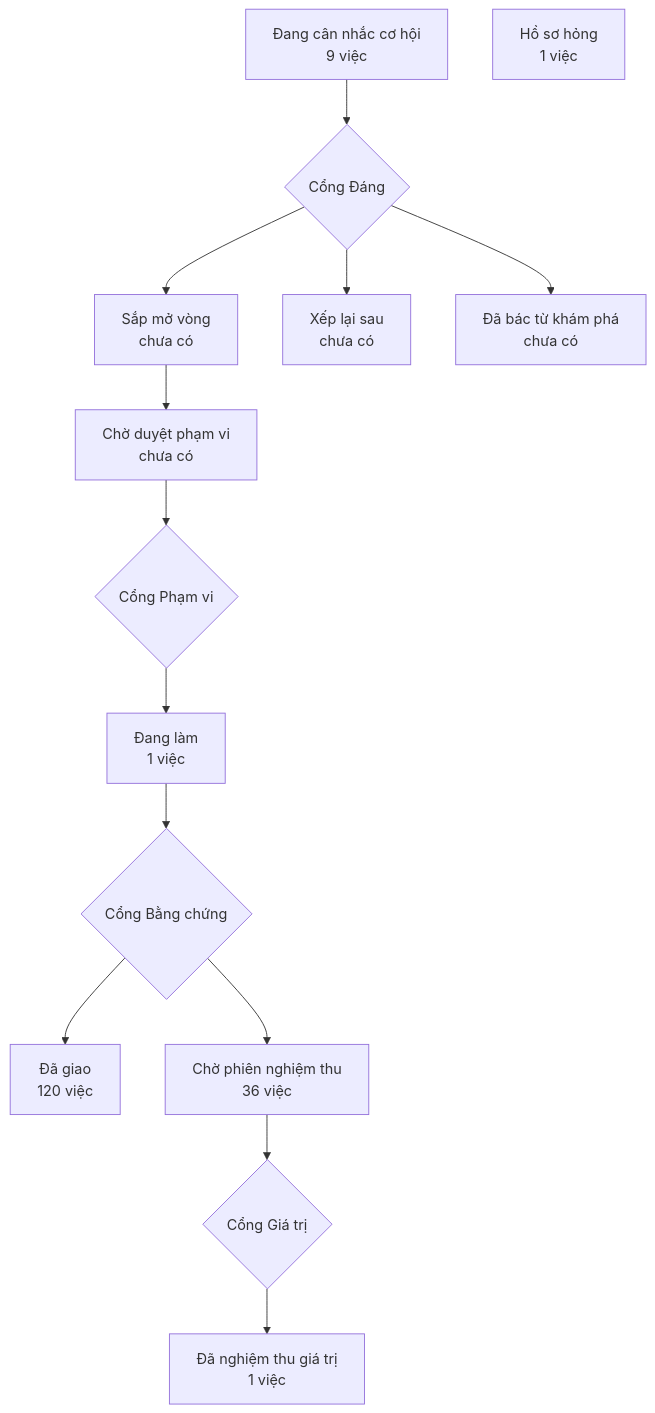
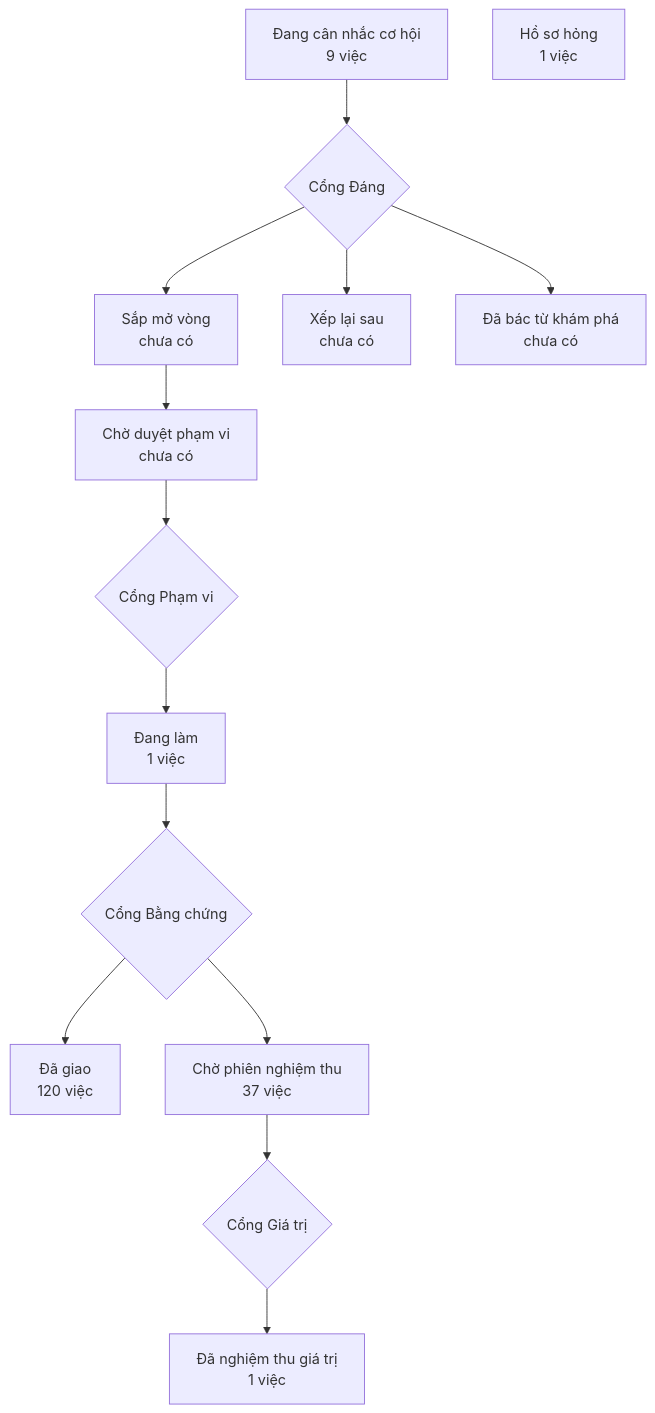
The diagram in PRODUCT-MAP.md (phanlemanh/crm-onehub), drawn with Mermaid before and after one commit.

Commit message:
chore: vẽ lại bản đồ sau gộp onehub 2498c97b

````diff
--- a/PRODUCT-MAP.md
+++ b/PRODUCT-MAP.md
@@ -7,13 +7,13 @@
 ```mermaid
 flowchart TD
   A["Đang cân nhắc cơ hội<br/>9 việc"] --> GD{"Cổng Đáng"}
   GD --> B["Sắp mở vòng<br/>chưa có"]
   GD --> XL["Xếp lại sau<br/>chưa có"]
   GD --> DB["Đã bác từ khám phá<br/>chưa có"]
   B --> CD["Chờ duyệt phạm vi<br/>chưa có"] --> GP{"Cổng Phạm vi"}
   GP --> DL["Đang làm<br/>1 việc"] --> GB{"Cổng Bằng chứng"}
   GB --> DG["Đã giao<br/>120 việc"]
-  GB --> CN["Chờ phiên nghiệm thu<br/>36 việc"] --> GG{"Cổng Giá trị"}
+  GB --> CN["Chờ phiên nghiệm thu<br/>37 việc"] --> GG{"Cổng Giá trị"}
   GG --> NT["Đã nghiệm thu giá trị<br/>1 việc"]
   HS["Hồ sơ hỏng<br/>1 việc"]
 ```
````
